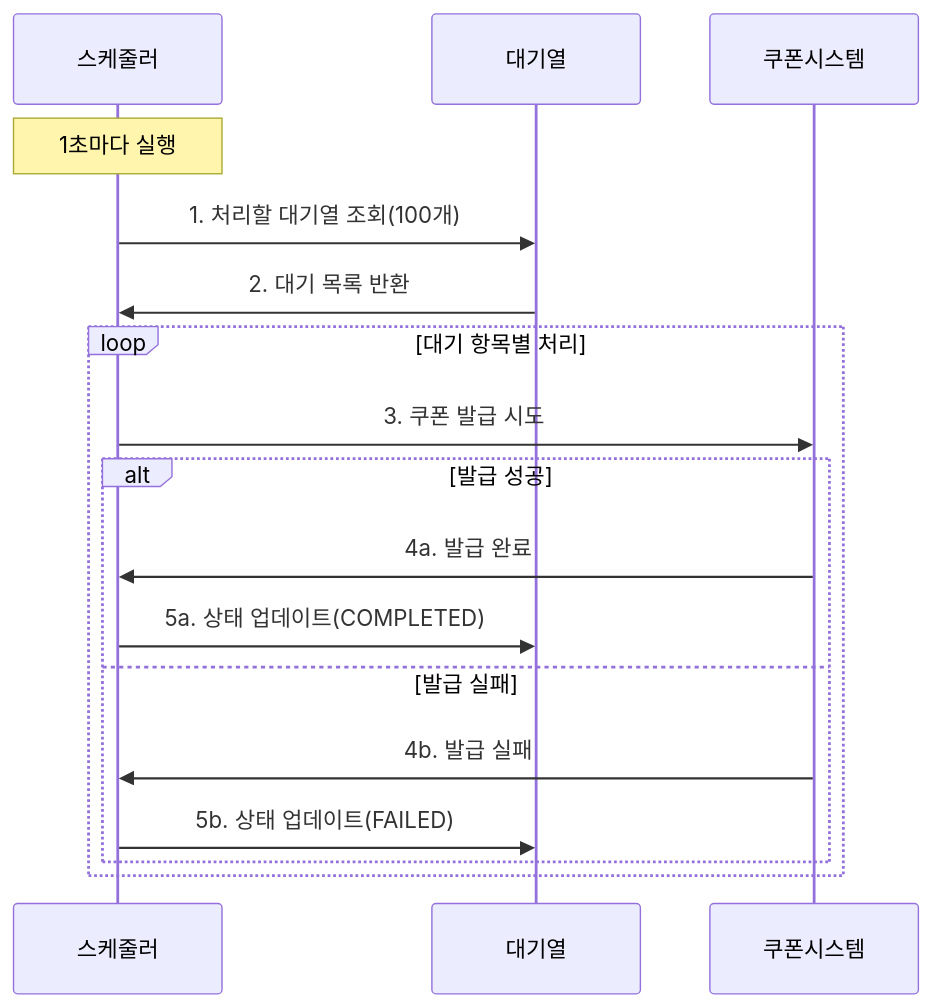
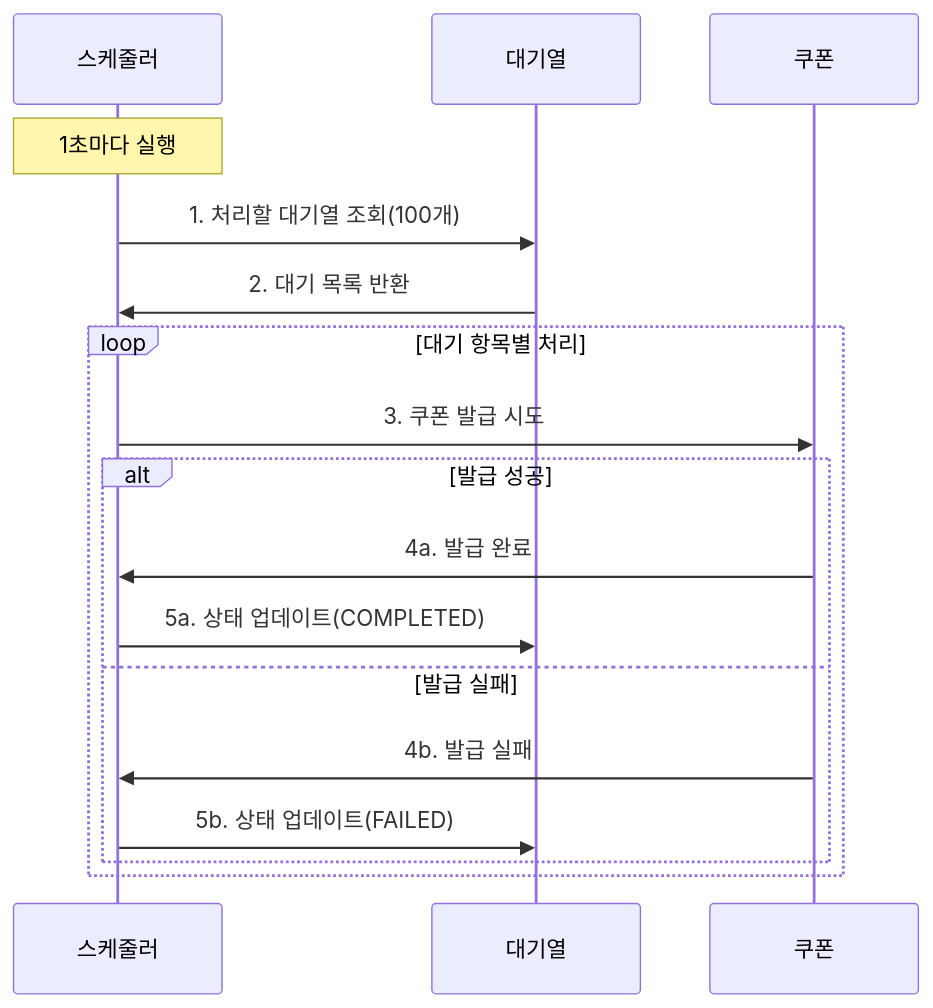
Before and after one commit to ynyejn/lecture-manage-system: the ninth of 11 diagrams in test.md, drawn with Mermaid. The commit also changed other lines of this file, not shown here.

````diff
--- a/test.md
+++ b/test.md
@@ -209,23 +209,23 @@
 ```mermaid
 sequenceDiagram
     participant Scheduler as 스케줄러
     participant QueueSystem as 대기열
-    participant CouponSystem as 쿠폰시스템
+    participant CouponSystem as 쿠폰
     
     Note over Scheduler: 1초마다 실행
     
     Scheduler->>QueueSystem: 1. 처리할 대기열 조회(100개)
     QueueSystem->>Scheduler: 2. 대기 목록 반환
     
     loop 대기 항목별 처리
         Scheduler->>CouponSystem: 3. 쿠폰 발급 시도
         
         alt 발급 성공
             CouponSystem->>Scheduler: 4a. 발급 완료
             Scheduler->>QueueSystem: 5a. 상태 업데이트(COMPLETED)
         else 발급 실패
             CouponSystem->>Scheduler: 4b. 발급 실패
             Scheduler->>QueueSystem: 5b. 상태 업데이트(FAILED)
         end
     end
 ```
````
